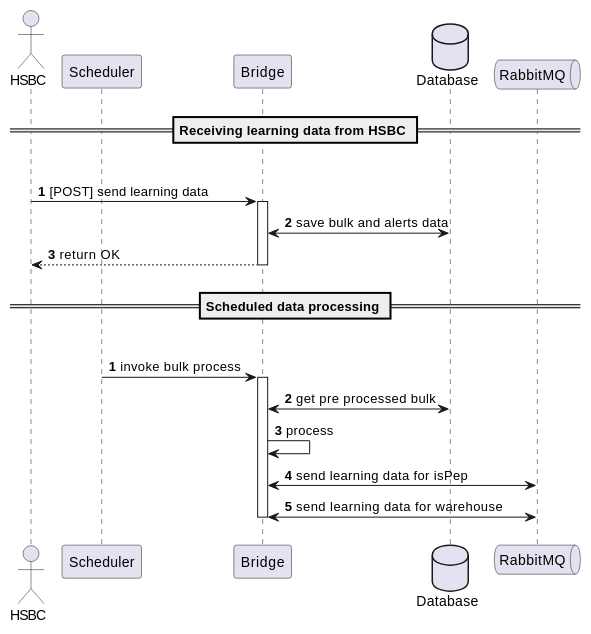
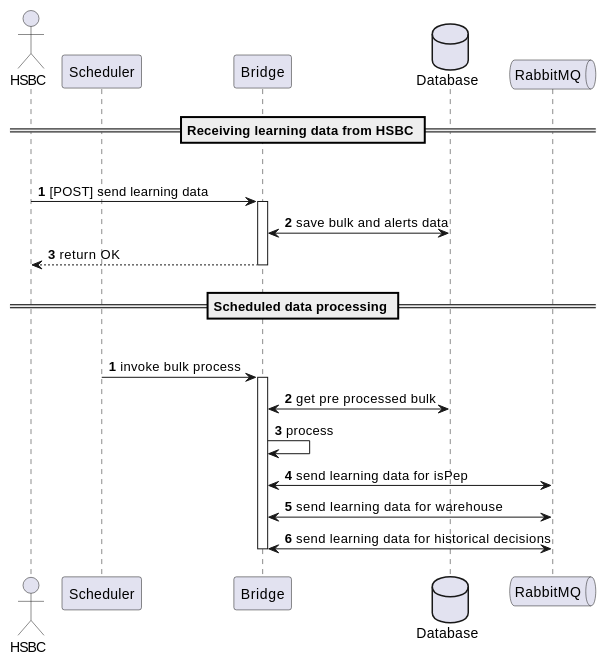
Before and after one commit to ngraczykowski/iris-root: the diagram in modules/hsbc-bridge/docs/diagrams/learning-data/learning-data-flow.adoc, drawn with PlantUML.

Commit message:
INTERNAL: Update learning data flow diagram (ALL-199)
![image](/uploads/c9a971695ad9ca8260f0fb5b4cc69d63/image.png)

Add historical decisions queue

Merged from: https://gitlab.silenteight.com/hsbc-bank/hsbc-bridge/-/merge_requests/242

```diff
--- a/modules/hsbc-bridge/docs/diagrams/learning-data/learning-data-flow.adoc
+++ b/modules/hsbc-bridge/docs/diagrams/learning-data/learning-data-flow.adoc
@@ -1,46 +1,45 @@
 [plantuml,importing-steps,svg]
 -----
 @startuml
 !pragma teoz true
 
 
 actor "HSBC" as hsbc
 participant "Scheduler" as scheduler
 participant "Bridge" as bridge
 database Database as db
 queue RabbitMQ as queue
 
 
 ||10||
 == Receiving learning data from HSBC ==
 |||
 
 
 autonumber
 
 hsbc -> bridge: [POST] send learning data
 activate bridge
 bridge <-> db: save bulk and alerts data
 bridge --> hsbc: return OK
 deactivate bridge
 
 ||10||
 == Scheduled data processing ==
 |||
 
 autonumber
 
 scheduler -> bridge:  invoke bulk process
 activate bridge
 bridge <-> db: get pre processed bulk
 bridge -> bridge: process
 
 bridge <-> queue: send learning data for isPep
 bridge <-> queue: send learning data for warehouse
+bridge <-> queue: send learning data for historical decisions
 deactivate bridge
 
 ||10||
-
-
 @enduml
 -----
```
